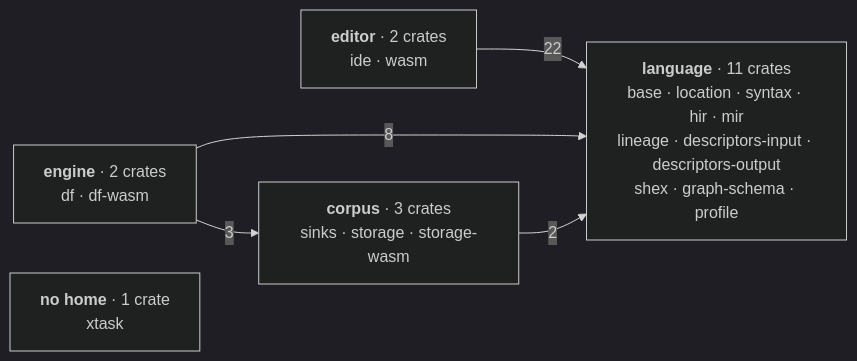
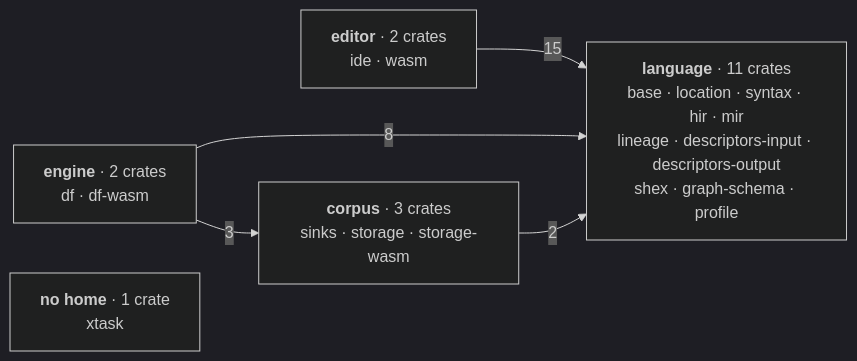
One commit to Kanzo-Tech/fossil-lang changed the first of 3 diagrams in docs/content/docs/(root)/architecture.mdx. Above: the diagram before and after it, drawn with Mermaid (dark theme). The commit also changed other lines of this file and 3 other files, not shown here.

First line of the commit message:
fix: the documents test reaches the profiler through native, and the diagram drops the server's edges

````diff
--- a/docs/content/docs/(root)/architecture.mdx
+++ b/docs/content/docs/(root)/architecture.mdx
@@ -92,13 +92,13 @@
 ```mermaid
 graph LR
   L["<b>language</b> · 11 crates<br/>base · location · syntax · hir · mir<br/>lineage · descriptors-input · descriptors-output<br/>shex · graph-schema · profile"]
   E["<b>editor</b> · 2 crates<br/>ide · wasm"]
   M["<b>engine</b> · 2 crates<br/>df · df-wasm"]
   C["<b>corpus</b> · 3 crates<br/>sinks · storage · storage-wasm"]
   X["<b>no home</b> · 1 crate<br/>xtask"]
 
-  E -->|22| L
+  E -->|15| L
   M -->|8| L
   M -->|3| C
   C -->|2| L
 ```
````
